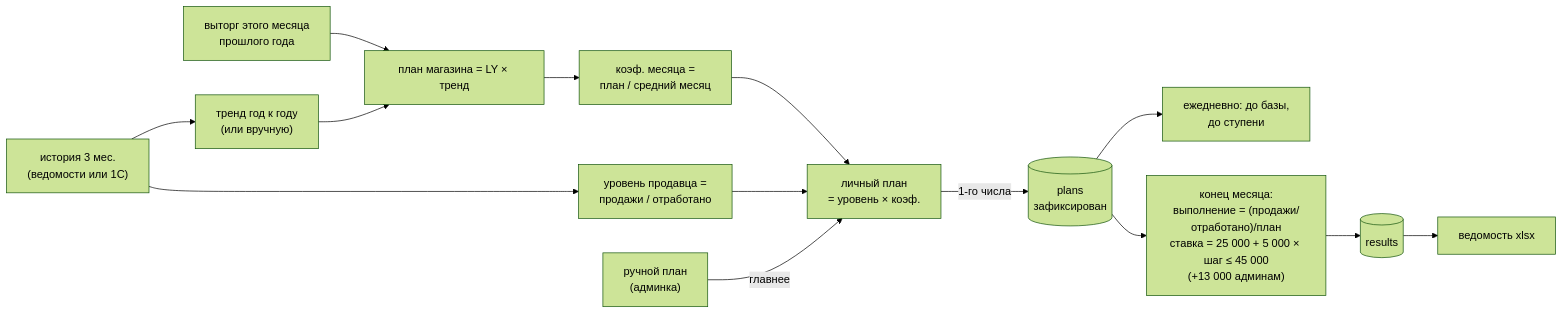
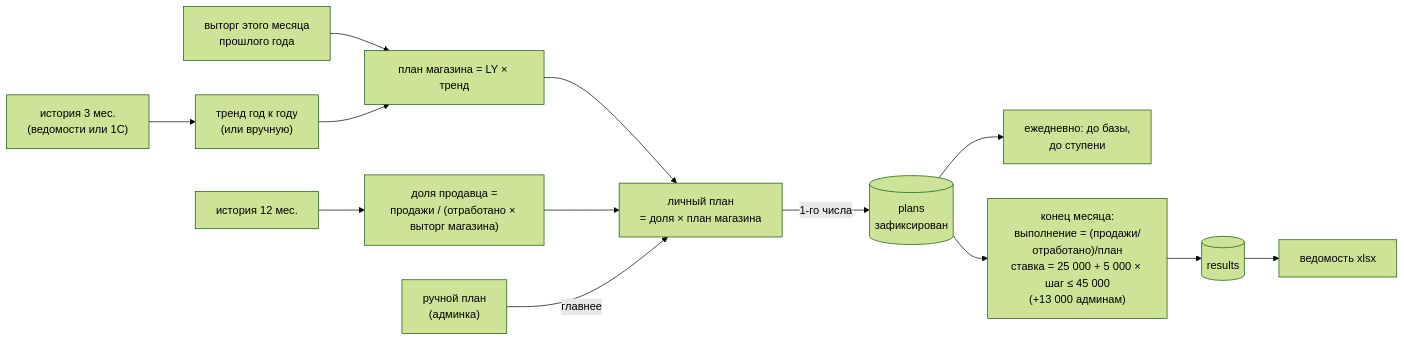
The third of 3 diagrams in awer-sales-bot/docs/АРХИТЕКТУРА.md (7896080-web/SINH), drawn with Mermaid (forest theme) before and after one commit. The commit also changed 9 other files, not shown here.

First line of the commit message:
awer-sales-bot: личный план — доля продавца в магазине за 12 месяцев

````diff
--- a/awer-sales-bot/docs/АРХИТЕКТУРА.md
+++ b/awer-sales-bot/docs/АРХИТЕКТУРА.md
@@ -87,15 +87,14 @@
 ```mermaid
 flowchart LR
     H1["история 3 мес.<br>(ведомости или 1С)"] --> T["тренд год к году<br>(или вручную)"]
     LY["выторг этого месяца<br>прошлого года"] --> SP["план магазина = LY × тренд"]
     T --> SP
-    SP --> K["коэф. месяца =<br>план / средний месяц"]
-    H1 --> LVL["уровень продавца =<br>продажи / отработано"]
-    K --> PP["личный план<br>= уровень × коэф."]
-    LVL --> PP
+    H12["история 12 мес."] --> SH["доля продавца =<br>продажи / (отработано × выторг магазина)"]
+    SP --> PP["личный план<br>= доля × план магазина"]
+    SH --> PP
     MAN["ручной план<br>(админка)"] -->|главнее| PP
     PP -->|"1-го числа"| FR[("plans<br>зафиксирован")]
     FR --> DAY["ежедневно: до базы,<br>до ступени"]
     FR --> CL["конец месяца:<br>выполнение = (продажи/отработано)/план<br>ставка = 25 000 + 5 000 × шаг ≤ 45 000<br>(+13 000 админам)"]
     CL --> RES[("results")] --> XLS["ведомость xlsx"]
 ```
````
